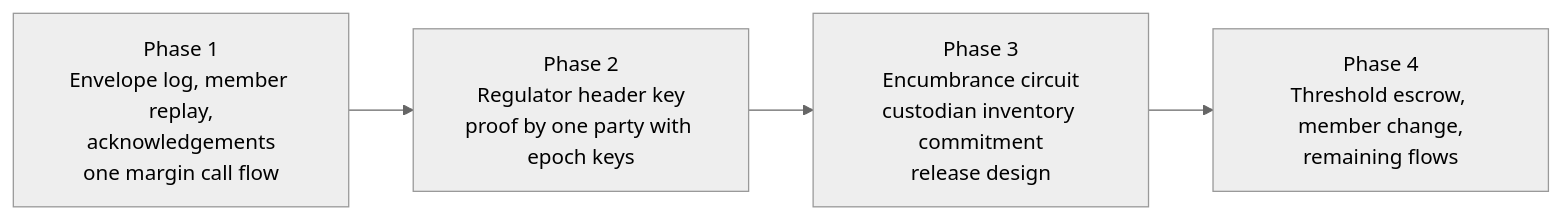
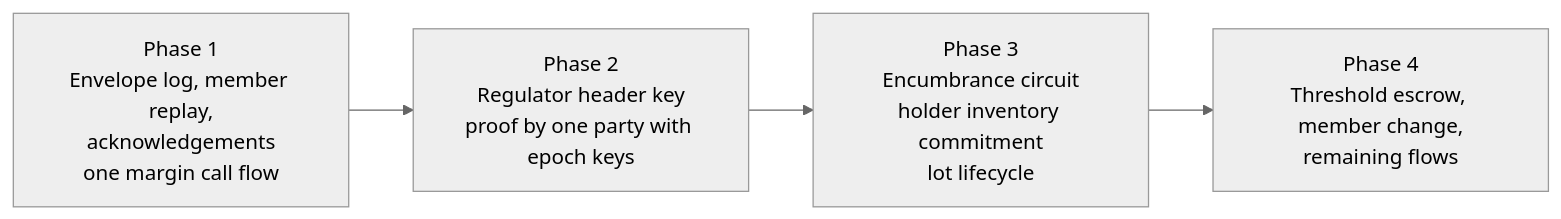
The tenth of 10 diagrams in docs/architecture/onchain-privacy.md (finos-hack/cdm-collateral), drawn with Mermaid (neutral theme) before and after one commit. The commit also changed other lines of this file, not shown here.

First line of the commit message:
docs: onchain-privacy section 9 records the asset lifecycle, decommission records and nullifier set growth

````diff
--- a/docs/architecture/onchain-privacy.md
+++ b/docs/architecture/onchain-privacy.md
@@ -893,8 +967,8 @@
 ```mermaid
 flowchart LR
   P1["Phase 1<br/>Envelope log, member replay,<br/>acknowledgements<br/>one margin call flow"]
   P2["Phase 2<br/>Regulator header key<br/>proof by one party with epoch keys"]
-  P3["Phase 3<br/>Encumbrance circuit<br/>custodian inventory commitment<br/>release design"]
+  P3["Phase 3<br/>Encumbrance circuit<br/>holder inventory commitment<br/>lot lifecycle"]
   P4["Phase 4<br/>Threshold escrow, member change,<br/>remaining flows"]
   P1 --> P2 --> P3 --> P4
 ```
````
